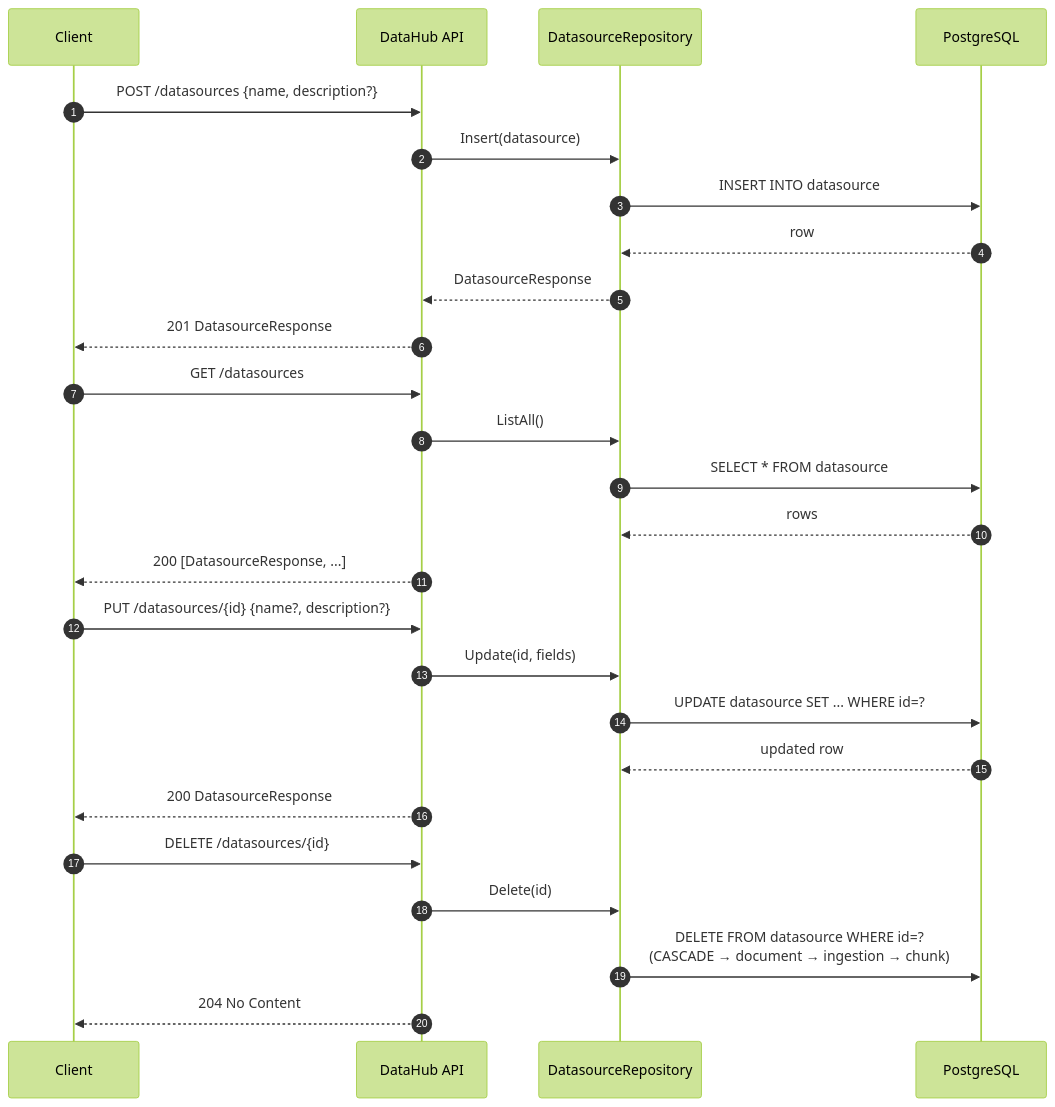
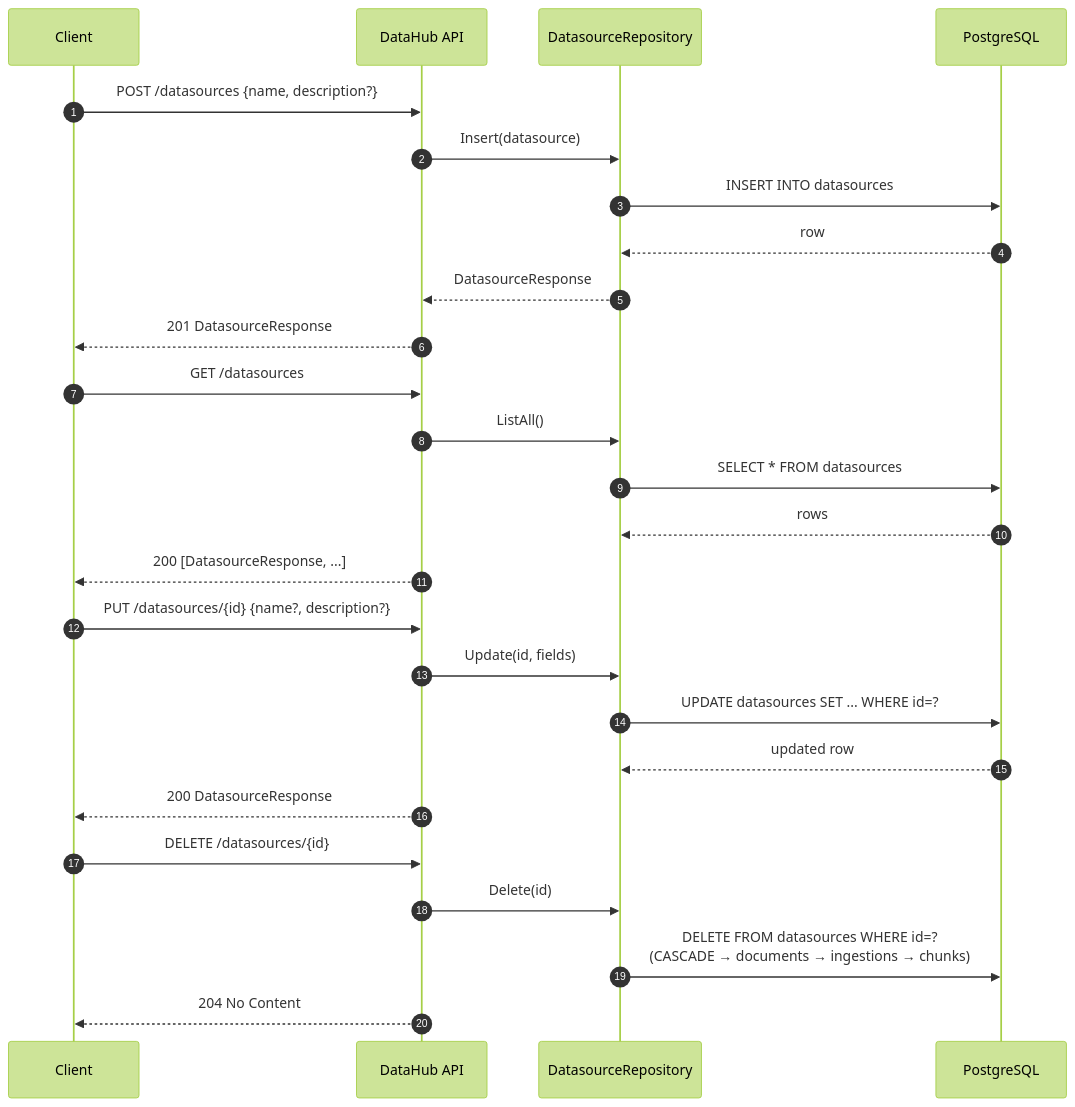
One commit to Andrew-Bu1/Agent-Platform changed the tenth of 11 diagrams in docs/architecture/datahub/sequence.md. Above: the diagram before and after it, drawn with Mermaid (forest theme). The commit also changed other lines of this file and 15 other files, not shown here.

Commit message:
docs: architecture docs for all services

````diff
--- a/docs/architecture/datahub/sequence.md
+++ b/docs/architecture/datahub/sequence.md
@@ -461,32 +484,32 @@
 ```mermaid
 sequenceDiagram
     autonumber
     participant C as Client
     participant DH as DataHub API
     participant DSRepo as DatasourceRepository
     participant DB as PostgreSQL
 
     C->>DH: POST /datasources {name, description?}
     DH->>DSRepo: Insert(datasource)
-    DSRepo->>DB: INSERT INTO datasource
+    DSRepo->>DB: INSERT INTO datasources
     DB-->>DSRepo: row
     DSRepo-->>DH: DatasourceResponse
     DH-->>C: 201 DatasourceResponse
 
     C->>DH: GET /datasources
     DH->>DSRepo: ListAll()
-    DSRepo->>DB: SELECT * FROM datasource
+    DSRepo->>DB: SELECT * FROM datasources
     DB-->>DSRepo: rows
     DH-->>C: 200 [DatasourceResponse, ...]
 
     C->>DH: PUT /datasources/{id} {name?, description?}
     DH->>DSRepo: Update(id, fields)
-    DSRepo->>DB: UPDATE datasource SET ... WHERE id=?
+    DSRepo->>DB: UPDATE datasources SET ... WHERE id=?
     DB-->>DSRepo: updated row
     DH-->>C: 200 DatasourceResponse
 
     C->>DH: DELETE /datasources/{id}
     DH->>DSRepo: Delete(id)
-    DSRepo->>DB: DELETE FROM datasource WHERE id=?<br/>(CASCADE → document → ingestion → chunk)
+    DSRepo->>DB: DELETE FROM datasources WHERE id=?<br/>(CASCADE → documents → ingestions → chunks)
     DH-->>C: 204 No Content
 ```
````
